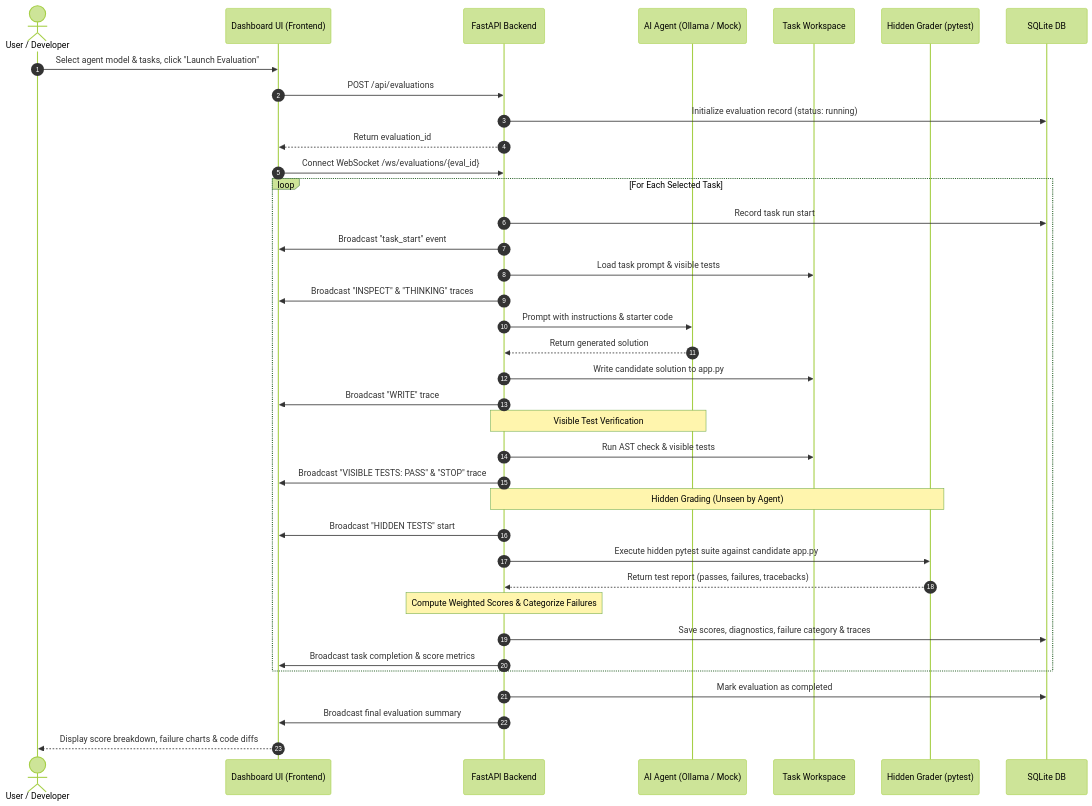
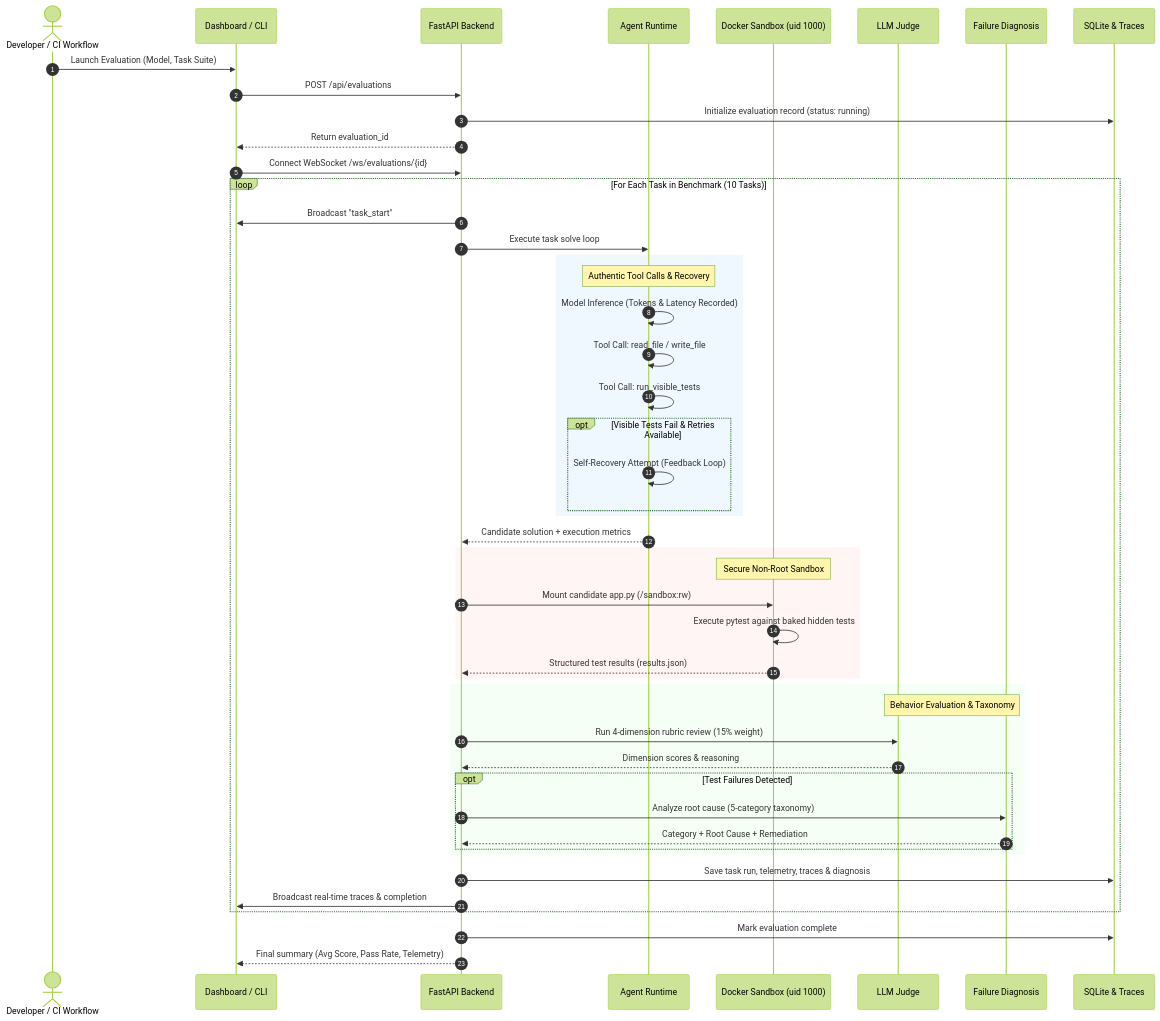
One commit to Bhaumik-99/ai-eval changed the second of 4 diagrams in README.md. Above: the diagram before and after it, drawn with Mermaid (forest theme). The commit also changed other lines of this file and 47 other files, not shown here.

Commit message:
feat: complete enterprise sandbox, LLM judge, genuine tracing, regression CI, and 10-task benchmark

````diff
--- a/README.md
+++ b/README.md
@@ -80,46 +112,57 @@
 ```mermaid
 sequenceDiagram
     autonumber
-    actor User as User / Developer
-    participant UI as Dashboard UI (Frontend)
+    actor Dev as Developer / CI Workflow
+    participant UI as Dashboard / CLI
     participant API as FastAPI Backend
-    participant Agent as AI Agent (Ollama / Mock)
-    participant Workspace as Task Workspace
-    participant Grader as Hidden Grader (pytest)
-    participant DB as SQLite DB
+    participant Runtime as Agent Runtime
+    participant Docker as Docker Sandbox (uid 1000)
+    participant Judge as LLM Judge
+    participant Diag as Failure Diagnosis
+    participant Storage as SQLite & Traces
 
-    User->>UI: Select agent model & tasks, click "Launch Evaluation"
+    Dev->>UI: Launch Evaluation (Model, Task Suite)
     UI->>API: POST /api/evaluations
-    API->>DB: Initialize evaluation record (status: running)
+    API->>Storage: Initialize evaluation record (status: running)
     API-->>UI: Return evaluation_id
-    UI->>API: Connect WebSocket /ws/evaluations/{eval_id}
+    UI->>API: Connect WebSocket /ws/evaluations/{id}
 
-    loop For Each Selected Task
-        API->>DB: Record task run start
-        API->>UI: Broadcast "task_start" event
-        API->>Workspace: Load task prompt & visible tests
-        API->>UI: Broadcast "INSPECT" & "THINKING" traces
+    loop For Each Task in Benchmark (10 Tasks)
+        API->>UI: Broadcast "task_start"
+        API->>Runtime: Execute task solve loop
+        
+        rect rgb(240, 248, 255)
+            Note over Runtime: Authentic Tool Calls & Recovery
+            Runtime->>Runtime: Model Inference (Tokens & Latency Recorded)
+            Runtime->>Runtime: Tool Call: read_file / write_file
+            Runtime->>Runtime: Tool Call: run_visible_tests
+            opt Visible Tests Fail & Retries Available
+                Runtime->>Runtime: Self-Recovery Attempt (Feedback Loop)
+            end
+        end
+        Runtime-->>API: Candidate solution + execution metrics
 
-        API->>Agent: Prompt with instructions & starter code
-        Agent-->>API: Return generated solution
-        API->>Workspace: Write candidate solution to app.py
-        API->>UI: Broadcast "WRITE" trace
+        rect rgb(255, 245, 245)
+            Note over Docker: Secure Non-Root Sandbox
+            API->>Docker: Mount candidate app.py (/sandbox:rw)
+            Docker->>Docker: Execute pytest against baked hidden tests
+            Docker-->>API: Structured test results (results.json)
+        end
 
-        Note over API,Agent: Visible Test Verification
-        API->>Workspace: Run AST check & visible tests
-        API->>UI: Broadcast "VISIBLE TESTS: PASS" & "STOP" trace
+        rect rgb(245, 255, 245)
+            Note over Judge,Diag: Behavior Evaluation & Taxonomy
+            API->>Judge: Run 4-dimension rubric review (15% weight)
+            Judge-->>API: Dimension scores & reasoning
+            opt Test Failures Detected
+                API->>Diag: Analyze root cause (5-category taxonomy)
+                Diag-->>API: Category + Root Cause + Remediation
+            end
+        end
 
-        Note over API,Grader: Hidden Grading (Unseen by Agent)
-        API->>UI: Broadcast "HIDDEN TESTS" start
-        API->>Grader: Execute hidden pytest suite against candidate app.py
-        Grader-->>API: Return test report (passes, failures, tracebacks)
-
-        Note over API: Compute Weighted Scores & Categorize Failures
-        API->>DB: Save scores, diagnostics, failure category & traces
-        API->>UI: Broadcast task completion & score metrics
+        API->>Storage: Save task run, telemetry, traces & diagnosis
+        API->>UI: Broadcast real-time traces & completion
     end
 
-    API->>DB: Mark evaluation as completed
-    API->>UI: Broadcast final evaluation summary
-    UI-->>User: Display score breakdown, failure charts & code diffs
+    API->>Storage: Mark evaluation complete
+    API-->>UI: Final summary (Avg Score, Pass Rate, Telemetry)
 ```
````
